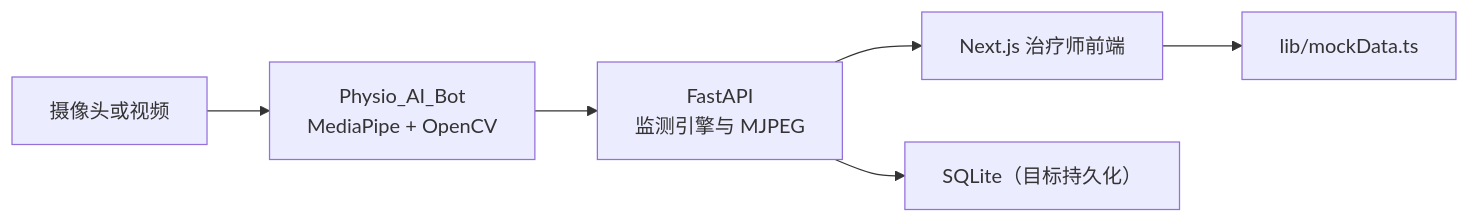
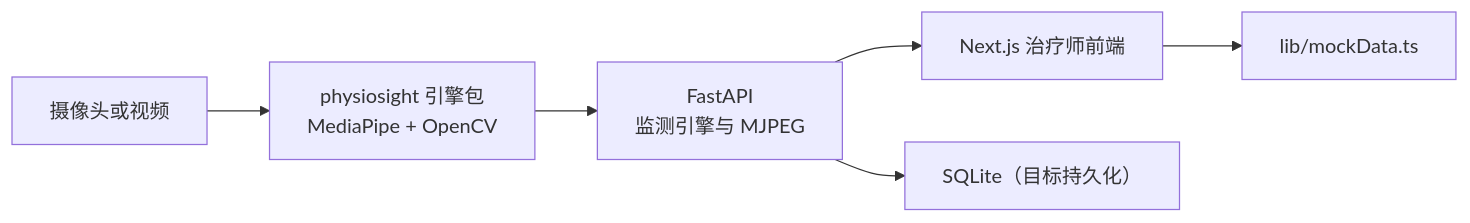
The first of 3 diagrams in docs/ARCHITECTURE.md (Wang-Tongfei/PhysioVision), drawn with Mermaid before and after one commit. The commit also changed other lines of this file and 2 other files, not shown here.

````diff
--- a/docs/ARCHITECTURE.md
+++ b/docs/ARCHITECTURE.md
@@ -9,8 +9,8 @@
 ```mermaid
 flowchart LR
-    Camera["摄像头或视频"] --> Bot["Physio_AI_Bot<br/>MediaPipe + OpenCV"]
+    Camera["摄像头或视频"] --> Bot["physiosight 引擎包<br/>MediaPipe + OpenCV"]
     Bot --> API["FastAPI<br/>监测引擎与 MJPEG"]
     API --> UI["Next.js 治疗师前端"]
     UI --> Mock["lib/mockData.ts"]
     API --> SQLite["SQLite（目标持久化）"]
 ```
````
